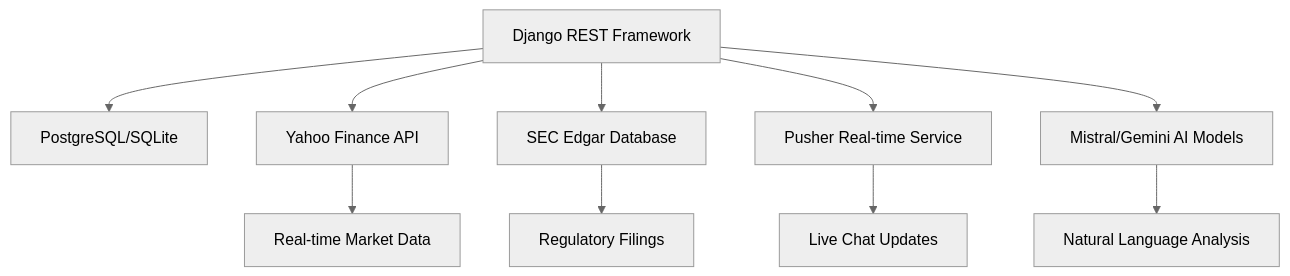
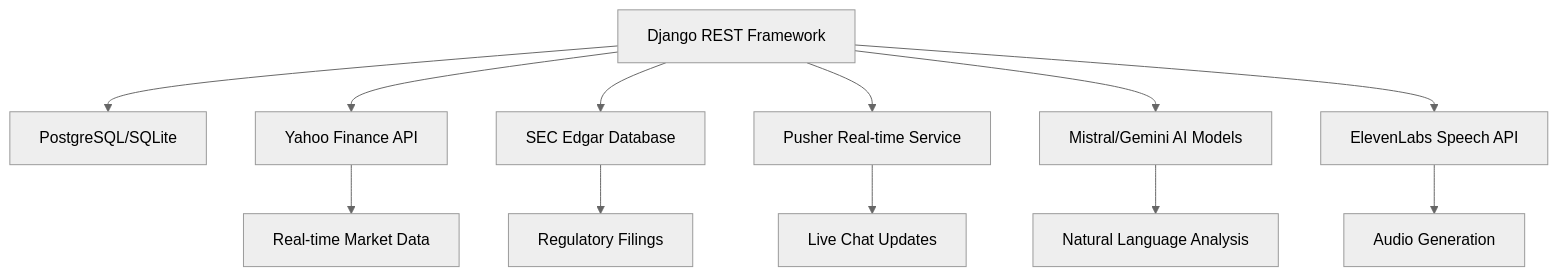
Before and after one commit to oam-mit/ai_financial_analyst: the first of 4 diagrams in README.md, drawn with Mermaid (neutral theme). The commit also changed other lines of this file, not shown here.

````diff
--- a/README.md
+++ b/README.md
@@ -29,12 +30,14 @@
 ```mermaid
 graph TD
     A[Django REST Framework] --> B[PostgreSQL/SQLite]
     A --> C[Yahoo Finance API]
     A --> D[SEC Edgar Database]
     A --> E[Pusher Real-time Service]
     A --> F[Mistral/Gemini AI Models]
+    A --> K[ElevenLabs Speech API]
     C --> G[Real-time Market Data]
     D --> H[Regulatory Filings]
     E --> I[Live Chat Updates]
     F --> J[Natural Language Analysis]
+    K --> L[Audio Generation]
 ```
````
